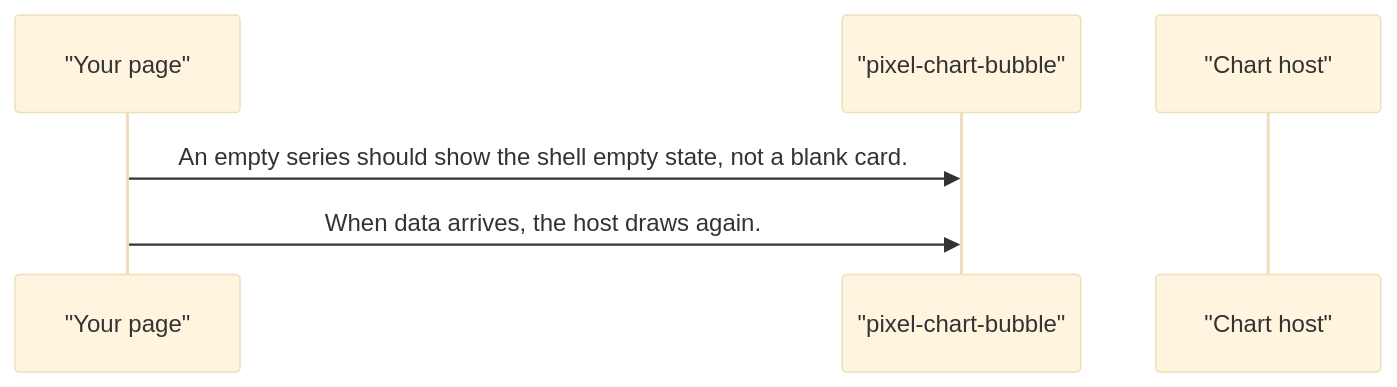
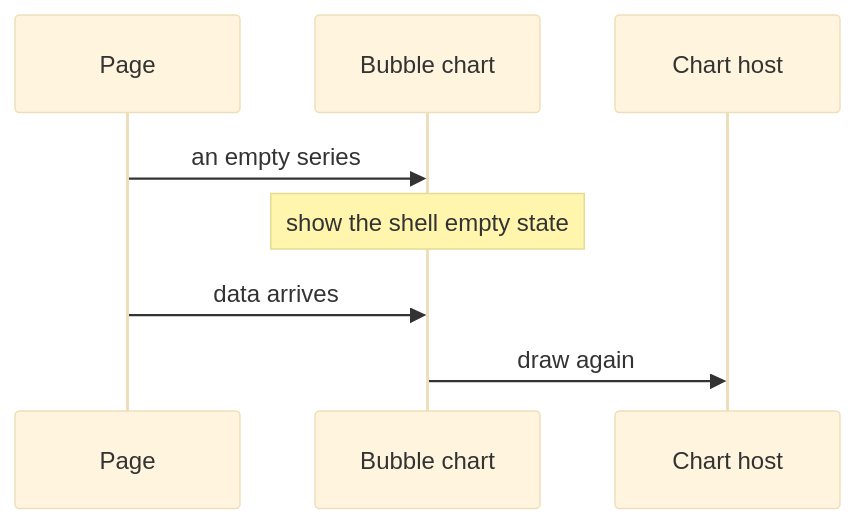
One commit to RajshekharBorate/pixel-ui changed the third of 5 diagrams in projects/pixel-ui/src/lib/pixel-chart-bubble/DESIGN.md. Above: the diagram before and after it, drawn with Mermaid (base theme). The commit also changed other lines of this file and 73 other files, not shown here.

Commit message:
Explain who owns each value and what each flow does in every component and service design.

````diff
--- a/projects/pixel-ui/src/lib/pixel-chart-bubble/DESIGN.md
+++ b/projects/pixel-ui/src/lib/pixel-chart-bubble/DESIGN.md
@@ -71,8 +89,10 @@
 ```mermaid
 sequenceDiagram
-  participant page as "Your page"
-  participant plot as "pixel-chart-bubble"
-  participant host as "Chart host"
-  page->>plot: An empty series should show the shell empty state, not a blank card.
-  page->>plot: When data arrives, the host draws again.
+  participant Page
+  participant Plot as Bubble chart
+  participant Host as Chart host
+  Page->>Plot: an empty series
+  Note over Plot: show the shell empty state
+  Page->>Plot: data arrives
+  Plot->>Host: draw again
 ```
````
